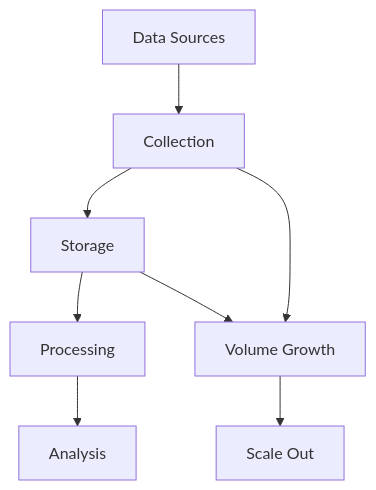
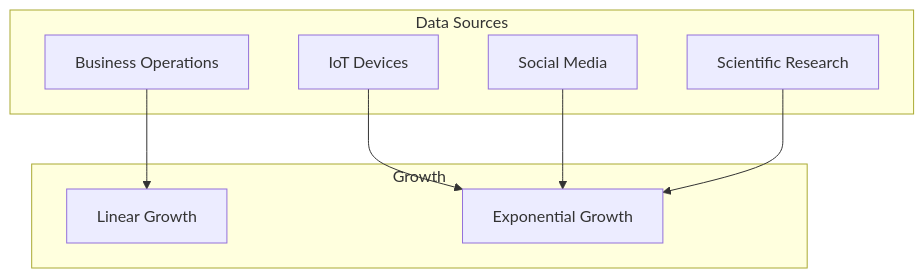
The diagram in mermaid/marp/courses/apache-spark-with-scala/01_introduction_to_spark.md/2.mmd (veltzer/teaching-slides), drawn with Mermaid before and after one commit. The commit also changed 27 other files, not shown here.

```diff
--- a/mermaid/marp/courses/apache-spark-with-scala/01_introduction_to_spark.md/2.mmd
+++ b/mermaid/marp/courses/apache-spark-with-scala/01_introduction_to_spark.md/2.mmd
@@ -1,8 +1,17 @@
-graph TB
-    A[Data Sources] --> B[Collection]
-    B --> C[Storage]
-    C --> D[Processing]
-    D --> E[Analysis]
-    B --> F[Volume Growth]
-    C --> F
-    F --> G[Scale Out]
+graph TD
+    subgraph Data Sources
+    A[IoT Devices]
+    B[Social Media]
+    C[Business Operations]
+    D[Scientific Research]
+    end
+    
+    subgraph Growth
+    E[Linear Growth]
+    F[Exponential Growth]
+    end
+    
+    A --> F
+    B --> F
+    C --> E
+    D --> F
```
